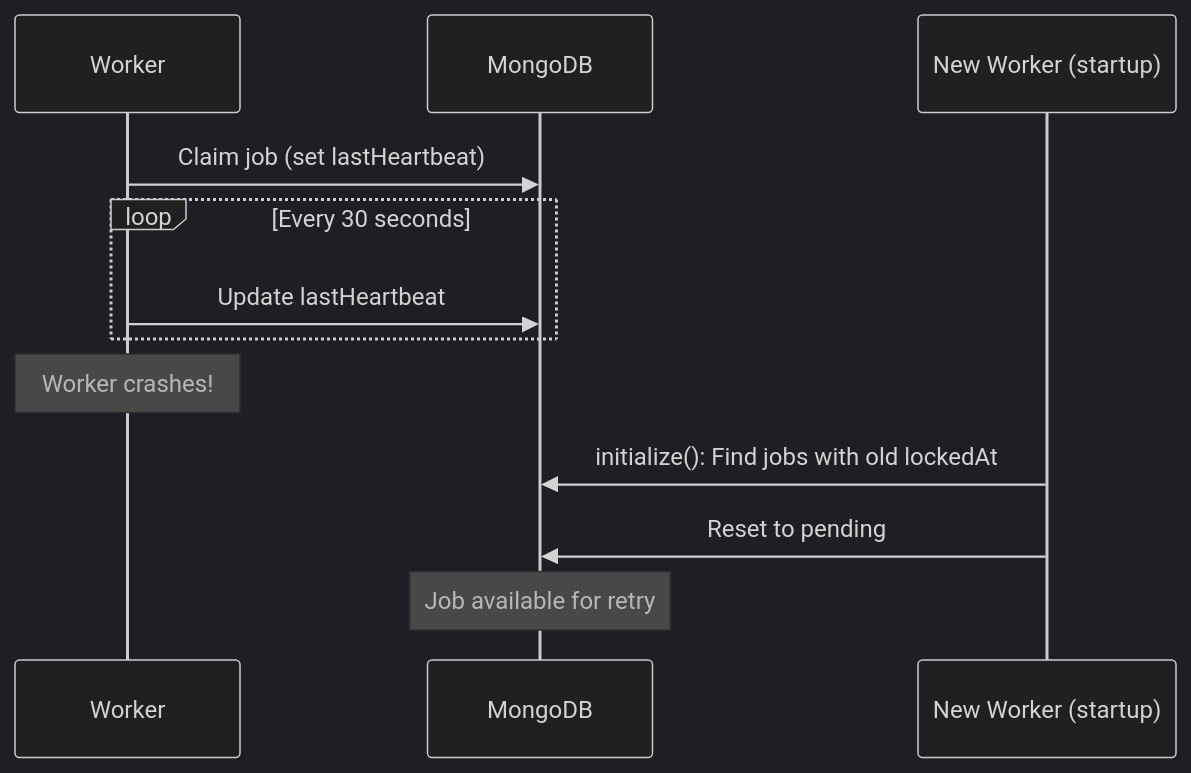
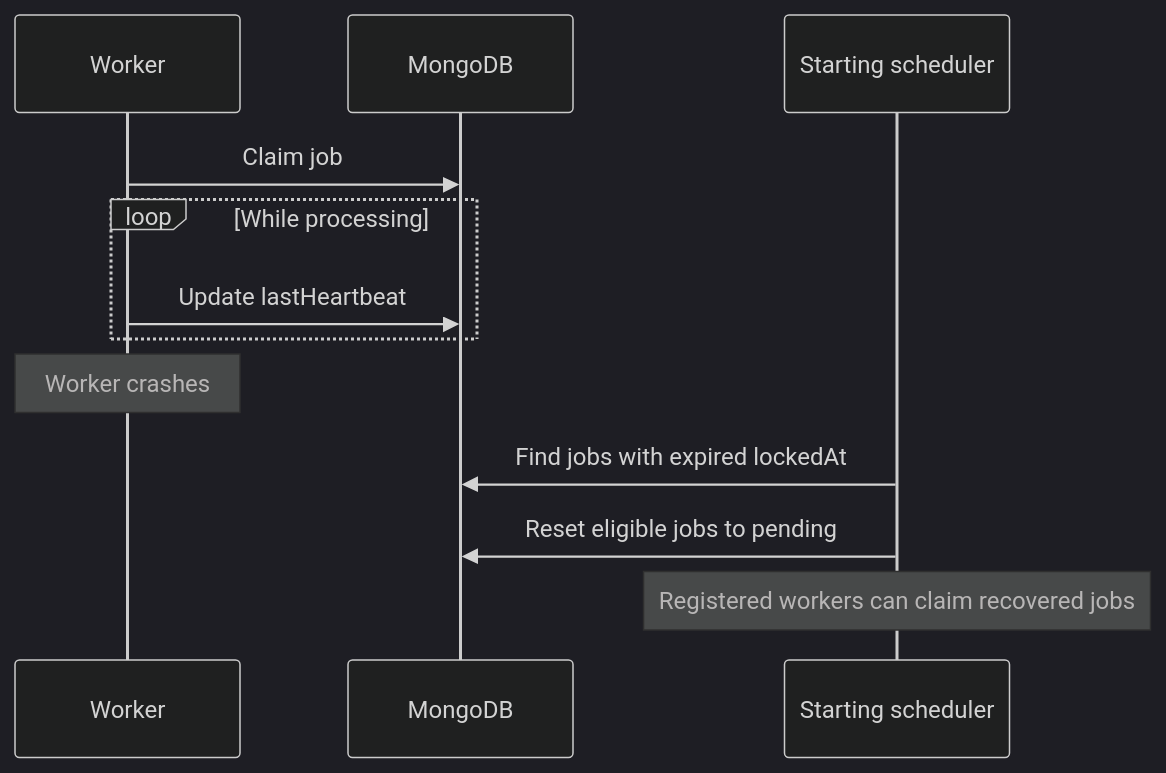
The diagram in apps/docs/src/content/docs/advanced/heartbeat.mdx (ueberBrot/monque), drawn with Mermaid (dark theme) before and after one commit. The commit also changed other lines of this file and 312 other files, not shown here.

````diff
--- a/apps/docs/src/content/docs/advanced/heartbeat.mdx
+++ b/apps/docs/src/content/docs/advanced/heartbeat.mdx
@@ -30,18 +38,14 @@
 ```mermaid
 sequenceDiagram
     participant W as Worker
     participant DB as MongoDB
-    participant S as New Worker (startup)
-    
-    W->>DB: Claim job (set lastHeartbeat)
-    loop Every 30 seconds
+    participant S as Starting scheduler
+    W->>DB: Claim job
+    loop While processing
         W->>DB: Update lastHeartbeat
     end
-    
-    Note over W: Worker crashes!
-    
-    S->>DB: initialize(): Find jobs with old lockedAt
-    S->>DB: Reset to pending
-    
-    Note over DB: Job available for retry
+    Note over W: Worker crashes
+    S->>DB: Find jobs with expired lockedAt
+    S->>DB: Reset eligible jobs to pending
+    Note over S: Registered workers can claim recovered jobs
 ```
````
